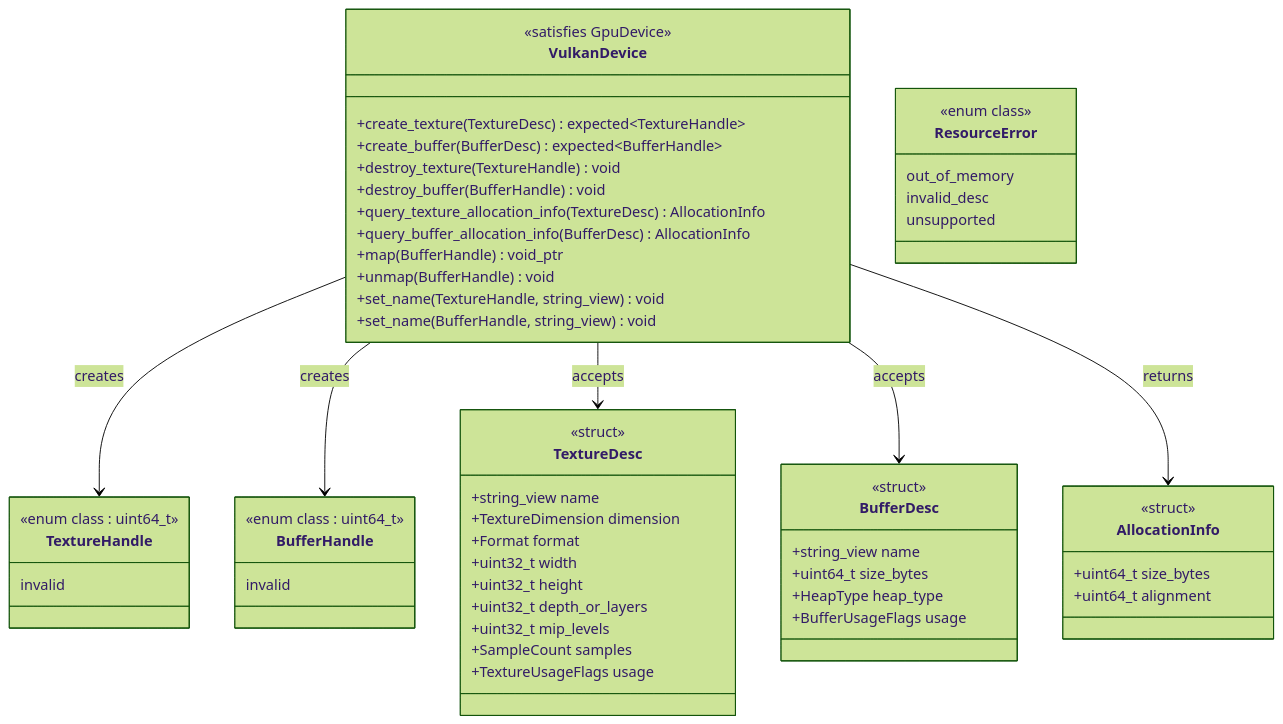
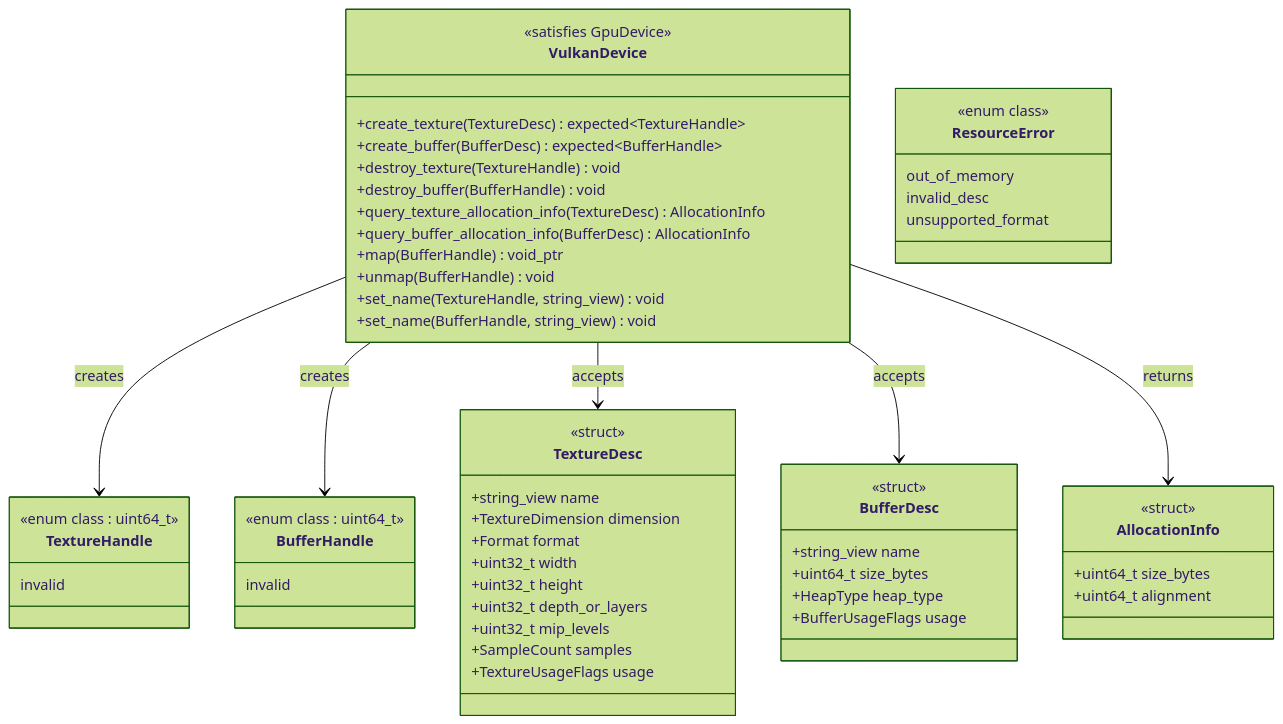
Before and after one commit to harmonius-dev/harmonius: the fifth of 34 diagrams in docs/design/gpu-backend-vulkan-classes.md, drawn with Mermaid (forest theme). The commit also changed 10 other files, not shown here.

````diff
--- a/docs/design/gpu-backend-vulkan-classes.md
+++ b/docs/design/gpu-backend-vulkan-classes.md
@@ -251,60 +251,60 @@
 ```mermaid
 classDiagram
     class VulkanDevice {
         <<satisfies GpuDevice>>
         +create_texture(TextureDesc) expected~TextureHandle~
         +create_buffer(BufferDesc) expected~BufferHandle~
         +destroy_texture(TextureHandle) void
         +destroy_buffer(BufferHandle) void
         +query_texture_allocation_info(TextureDesc) AllocationInfo
         +query_buffer_allocation_info(BufferDesc) AllocationInfo
         +map(BufferHandle) void_ptr
         +unmap(BufferHandle) void
         +set_name(TextureHandle, string_view) void
         +set_name(BufferHandle, string_view) void
     }
     class TextureHandle {
         <<enum class : uint64_t>>
         invalid
     }
     class BufferHandle {
         <<enum class : uint64_t>>
         invalid
     }
     class TextureDesc {
         <<struct>>
         +string_view name
         +TextureDimension dimension
         +Format format
         +uint32_t width
         +uint32_t height
         +uint32_t depth_or_layers
         +uint32_t mip_levels
         +SampleCount samples
         +TextureUsageFlags usage
     }
     class BufferDesc {
         <<struct>>
         +string_view name
         +uint64_t size_bytes
         +HeapType heap_type
         +BufferUsageFlags usage
     }
     class AllocationInfo {
         <<struct>>
         +uint64_t size_bytes
         +uint64_t alignment
     }
     class ResourceError {
         <<enum class>>
         out_of_memory
         invalid_desc
-        unsupported
+        unsupported_format
     }
 
     VulkanDevice --> TextureHandle : creates
     VulkanDevice --> BufferHandle : creates
     VulkanDevice --> TextureDesc : accepts
     VulkanDevice --> BufferDesc : accepts
     VulkanDevice --> AllocationInfo : returns
 ```
````
